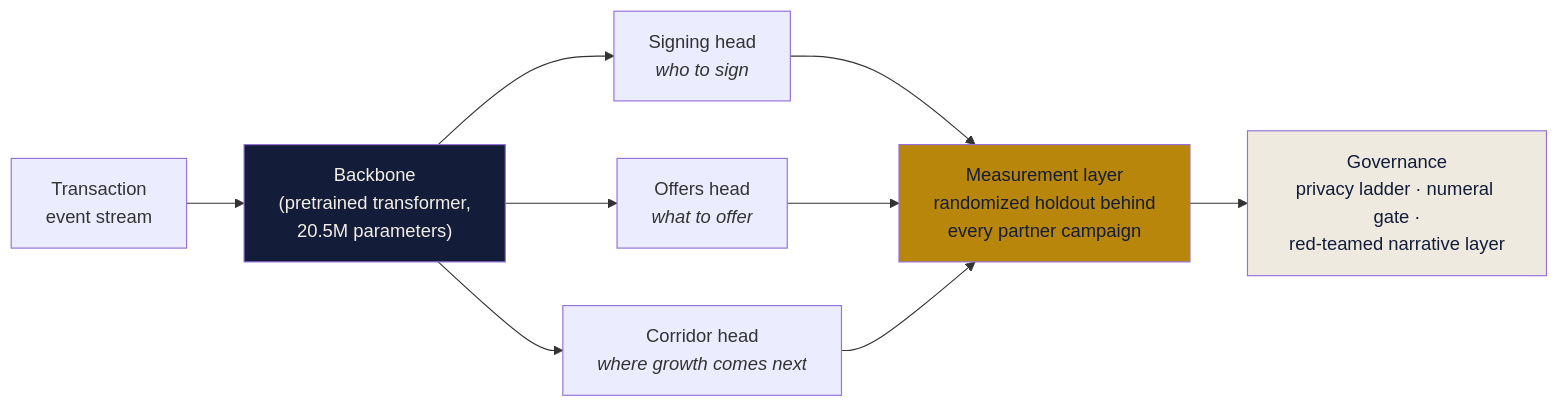
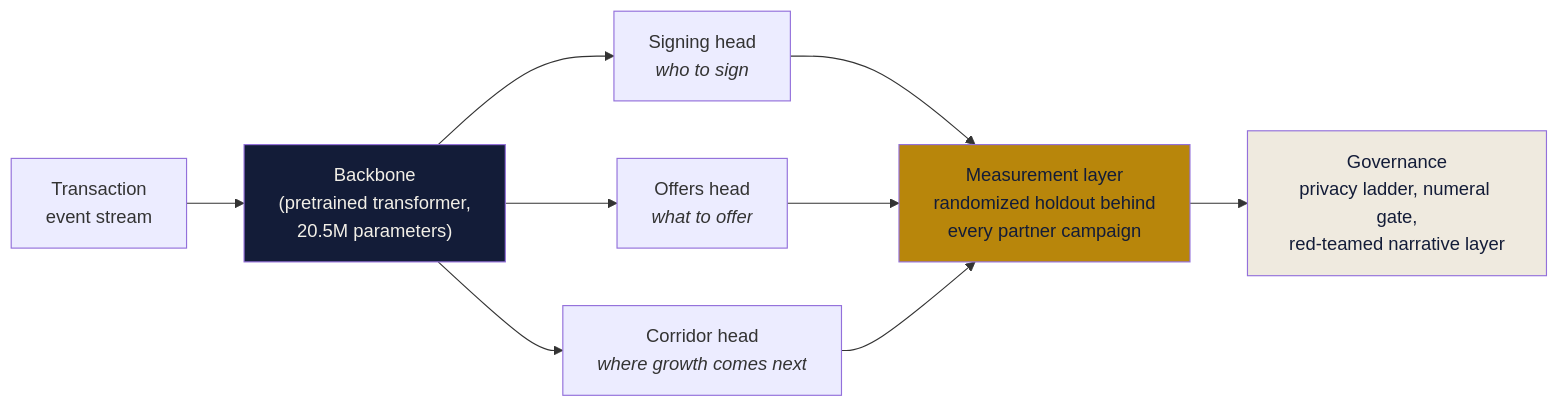
The diagram in README.md (thylinao1/oneloop), drawn with Mermaid before and after one commit. The commit also changed 1 other file, not shown here.

Commit message:
docs: chart spacing and diagram punctuation

````diff
--- a/README.md
+++ b/README.md
@@ -13,14 +13,14 @@
 ```mermaid
 flowchart LR
     ES[Transaction<br/>event stream] --> BB["Backbone<br/>(pretrained transformer,<br/>20.5M parameters)"]
     BB --> H1["Signing head<br/><i>who to sign</i>"]
     BB --> H2["Offers head<br/><i>what to offer</i>"]
     BB --> H3["Corridor head<br/><i>where growth comes next</i>"]
     H1 --> ML["Measurement layer<br/>randomized holdout behind<br/>every partner campaign"]
     H2 --> ML
     H3 --> ML
-    ML --> GOV["Governance<br/>privacy ladder · numeral gate ·<br/>red-teamed narrative layer"]
+    ML --> GOV["Governance<br/>privacy ladder, numeral gate,<br/>red-teamed narrative layer"]
     style BB fill:#131c38,color:#f2efe7
     style ML fill:#b8860b,color:#131c38
     style GOV fill:#efeadf,color:#131c38
 ```
````
